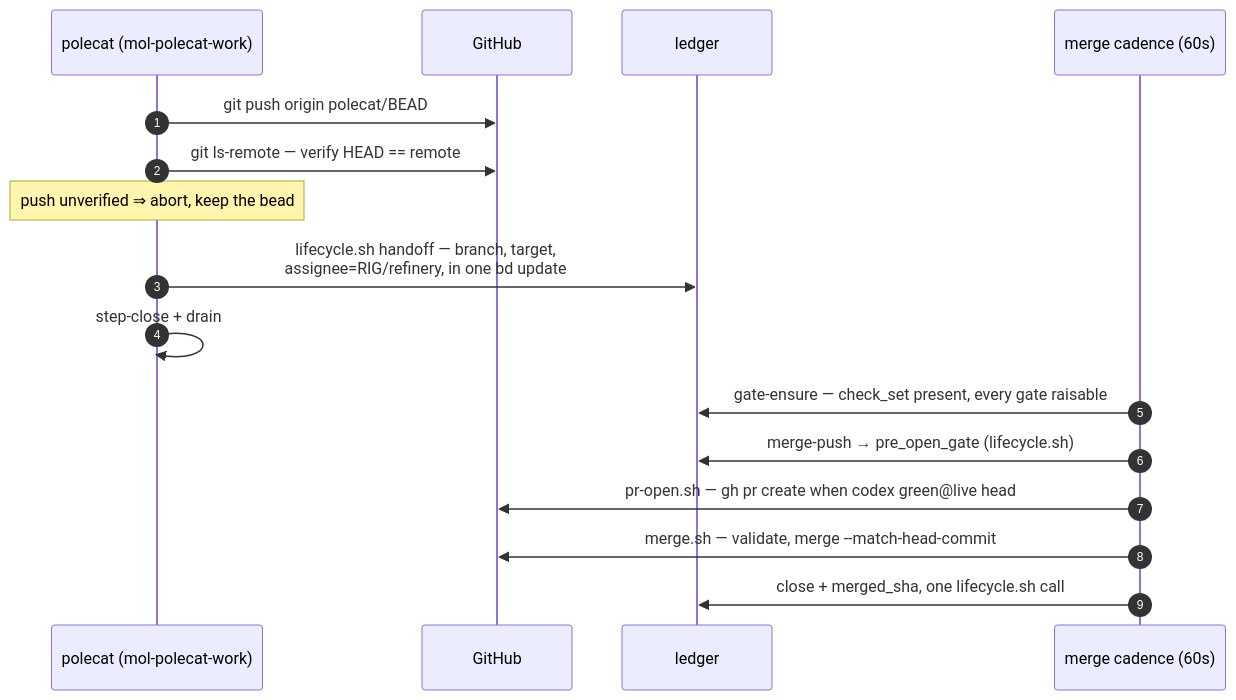
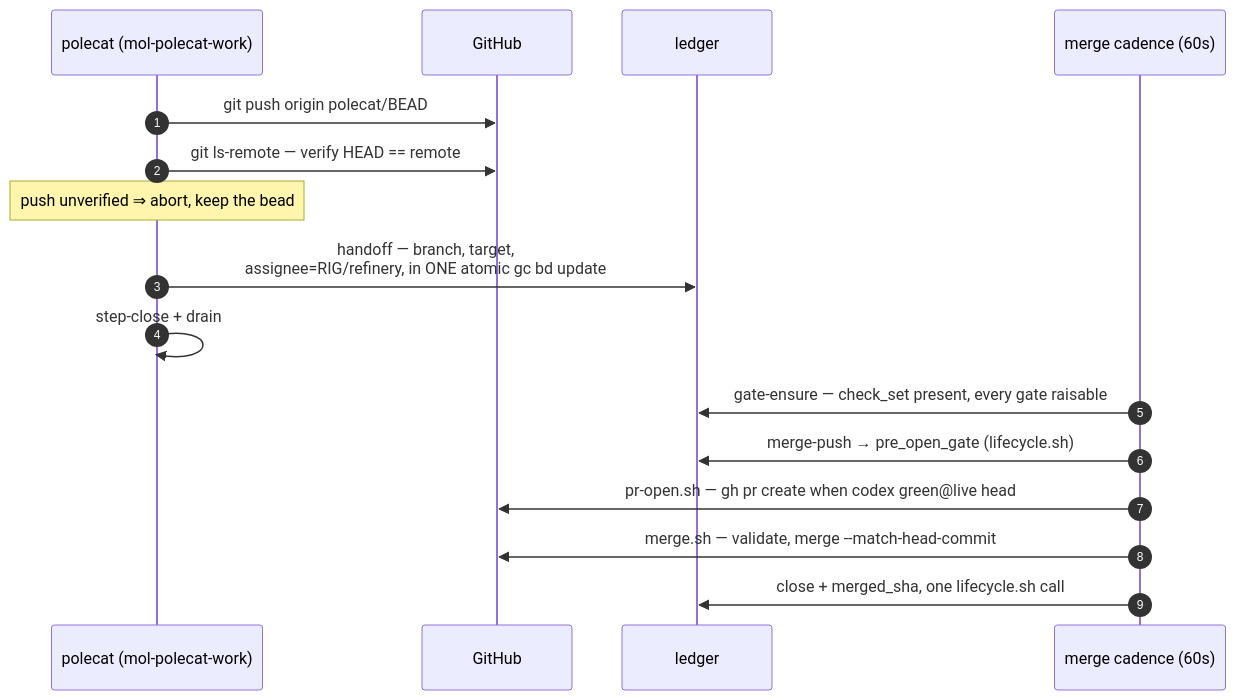
Before and after one commit to zookanalytics/gc-toolkit: the second of 2 diagrams in docs/state-machine.md, drawn with Mermaid. The commit also changed other lines of this file and 17 other files, not shown here.

````diff
--- a/docs/state-machine.md
+++ b/docs/state-machine.md
@@ -131,18 +146,18 @@
 ```mermaid
 sequenceDiagram
   autonumber
   participant P as polecat (mol-polecat-work)
   participant G as GitHub
   participant L as ledger
   participant C as merge cadence (60s)
   P->>G: git push origin polecat/BEAD
   P->>G: git ls-remote — verify HEAD == remote
   Note over P: push unverified ⇒ abort, keep the bead
-  P->>L: lifecycle.sh handoff — branch, target,<br/>assignee=RIG/refinery, in one bd update
+  P->>L: handoff — branch, target,<br/>assignee=RIG/refinery, in ONE atomic gc bd update
   P->>P: step-close + drain
   C->>L: gate-ensure — check_set present, every gate raisable
   C->>L: merge-push → pre_open_gate (lifecycle.sh)
   C->>G: pr-open.sh — gh pr create when codex green@live head
   C->>G: merge.sh — validate, merge --match-head-commit
   C->>L: close + merged_sha, one lifecycle.sh call
 ```
````
